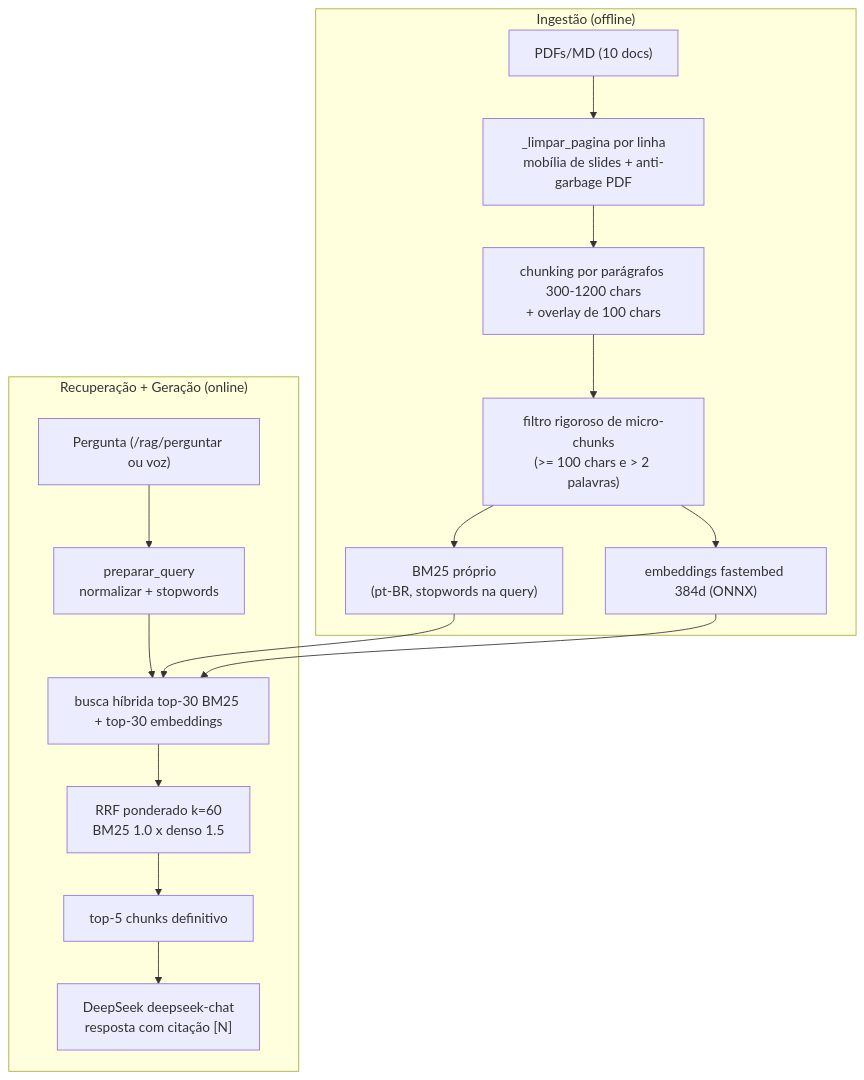
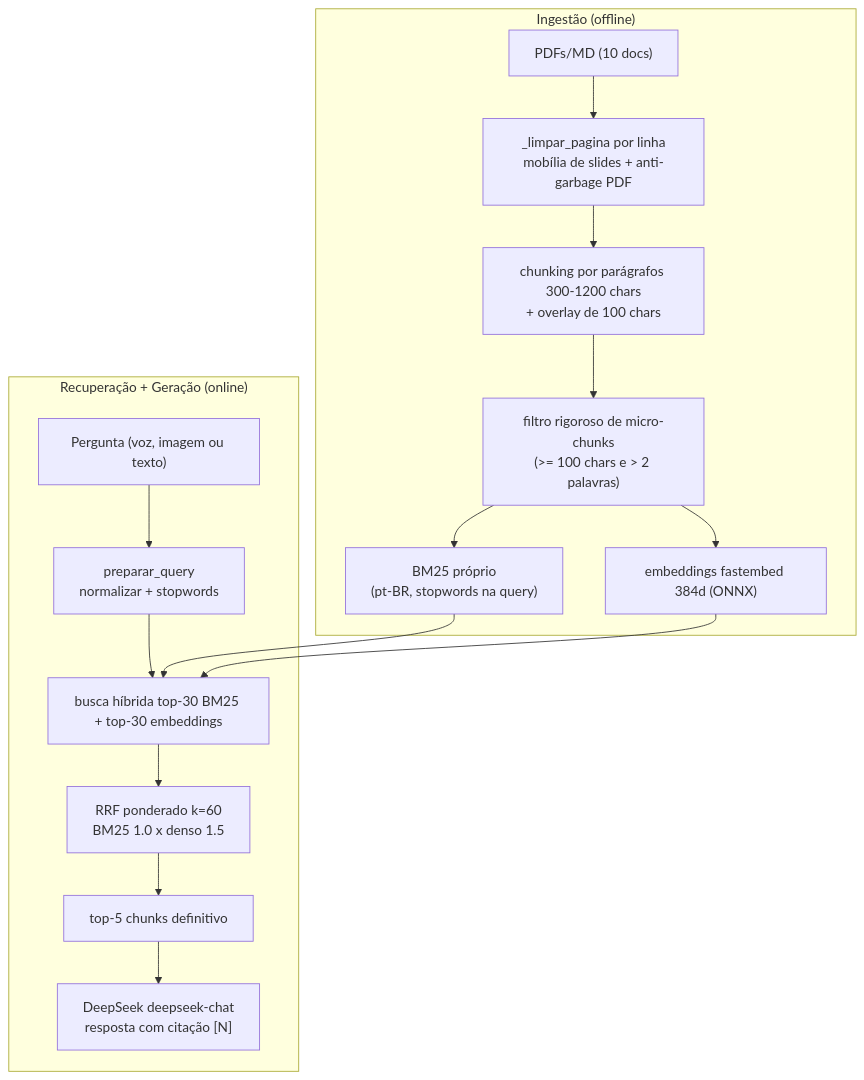
One commit to rafaelang/proj-master--iag-llm-2025-2-puc-rio-final changed the second of 4 diagrams in README.md. Above: the diagram before and after it, drawn with Mermaid. The commit also changed other lines of this file and 13 other files, not shown here.

````diff
--- a/README.md
+++ b/README.md
@@ -196,19 +197,19 @@
 ```mermaid
 flowchart TB
     subgraph INGESTAO["Ingestão (offline)"]
         A["PDFs/MD (10 docs)"] --> B["_limpar_pagina por linha<br/>mobília de slides + anti-garbage PDF"]
         B --> C["chunking por parágrafos 300-1200 chars<br/>+ overlay de 100 chars"]
         C --> D["filtro rigoroso de micro-chunks<br/>(>= 100 chars e > 2 palavras)"]
         D --> E1["BM25 próprio<br/>(pt-BR, stopwords na query)"]
         D --> E2["embeddings fastembed 384d (ONNX)"]
     end
     subgraph ONLINE["Recuperação + Geração (online)"]
-        P["Pergunta (/rag/perguntar ou voz)"] --> F["preparar_query<br/>normalizar + stopwords"]
+        P["Pergunta (voz, imagem ou texto)"] --> F["preparar_query<br/>normalizar + stopwords"]
         F --> G["busca híbrida top-30 BM25 + top-30 embeddings"]
         G --> H["RRF ponderado k=60<br/>BM25 1.0 x denso 1.5"]
         H --> I["top-5 chunks definitivo"]
         I --> J["DeepSeek deepseek-chat<br/>resposta com citação [N]"]
     end
     E1 --> G
     E2 --> G
 ```
````
